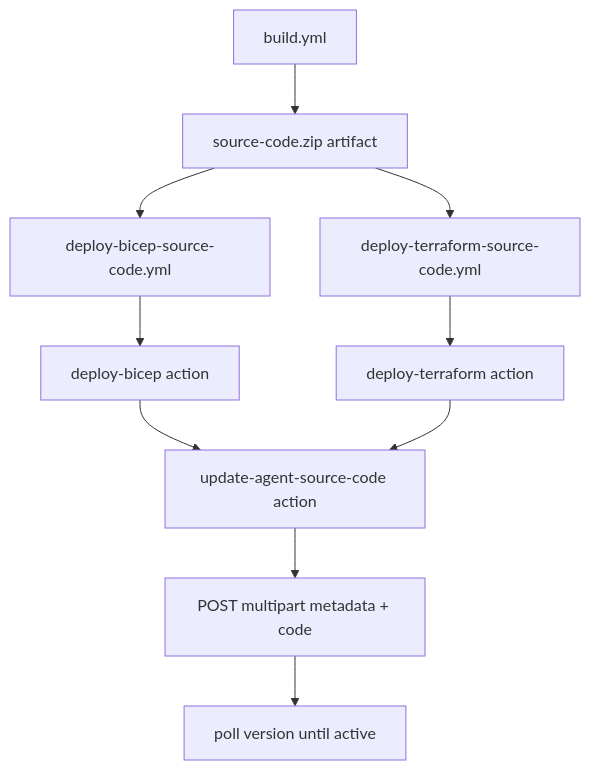
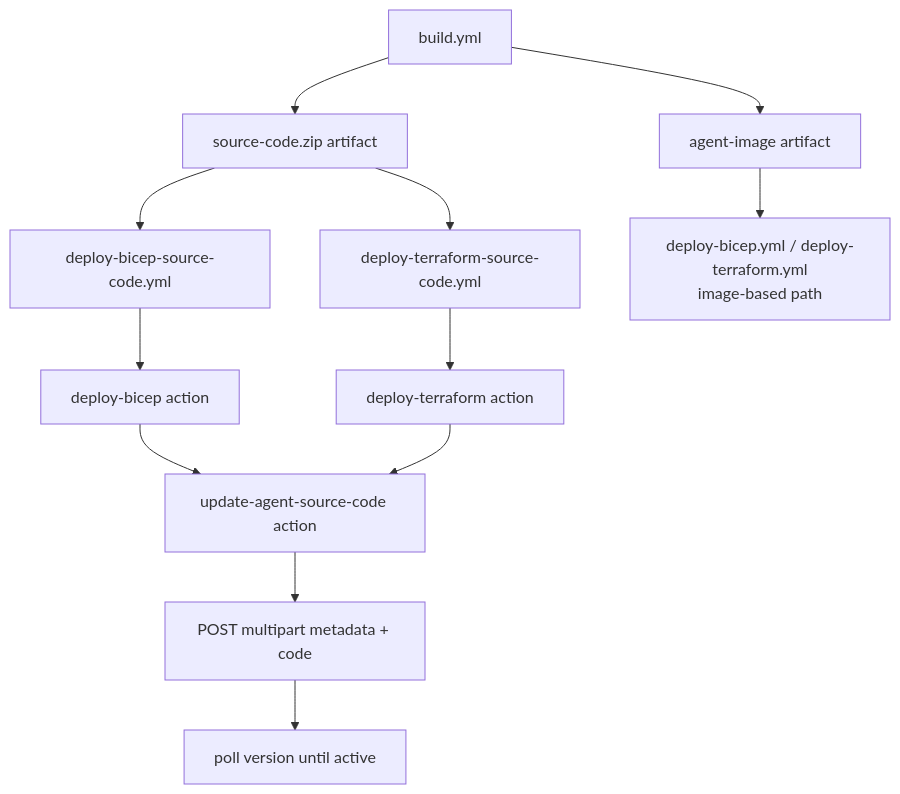
Before and after one commit to JFolberth/simple-hosted-agent-responses: the diagram in docs/deploy-source-code.md, drawn with Mermaid. The commit also changed other lines of this file and 2 other files, not shown here.

````diff
--- a/docs/deploy-source-code.md
+++ b/docs/deploy-source-code.md
@@ -103,12 +103,14 @@
 ```mermaid
 flowchart TD
     A[build.yml] --> B[source-code.zip artifact]
+    A --> X[agent-image artifact]
     B --> C[deploy-bicep-source-code.yml]
     B --> D[deploy-terraform-source-code.yml]
+    X --> Y[deploy-bicep.yml / deploy-terraform.yml<br/>image-based path]
     C --> E[deploy-bicep action]
     D --> F[deploy-terraform action]
     E --> G[update-agent-source-code action]
     F --> G
     G --> H[POST multipart metadata + code]
     H --> I[poll version until active]
 ```
````
